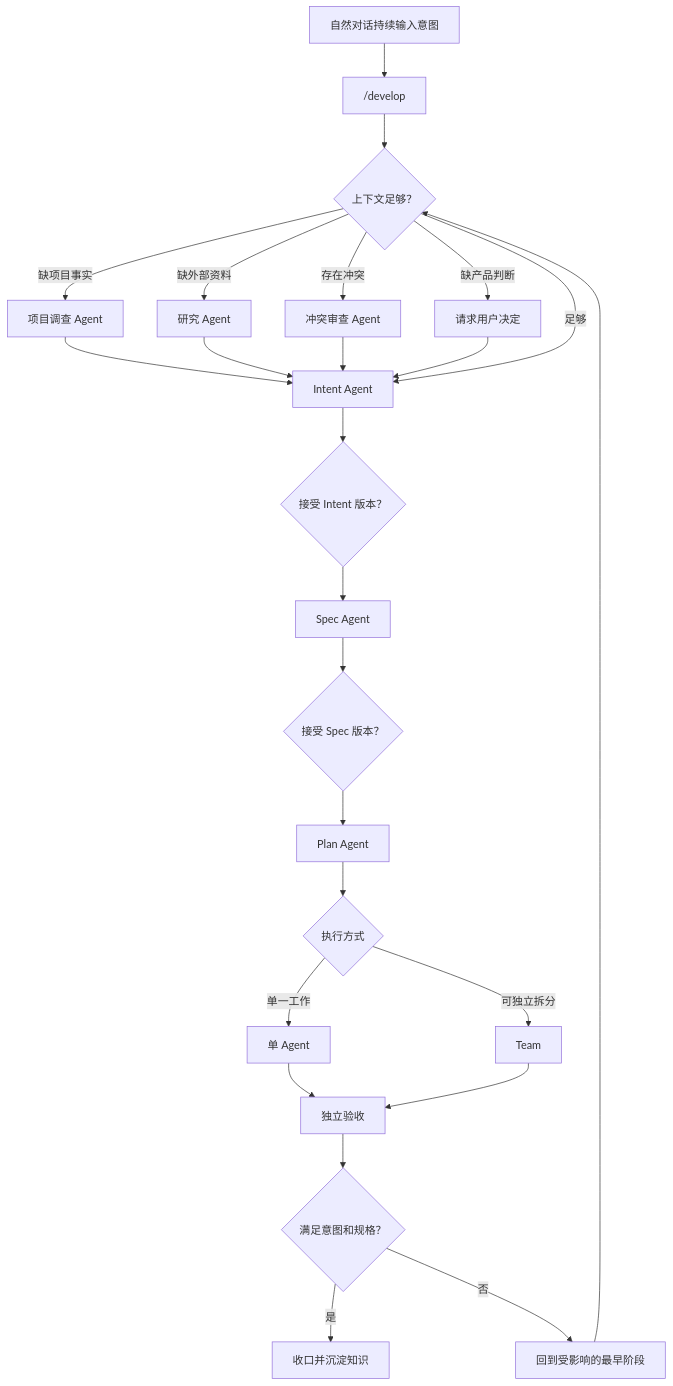
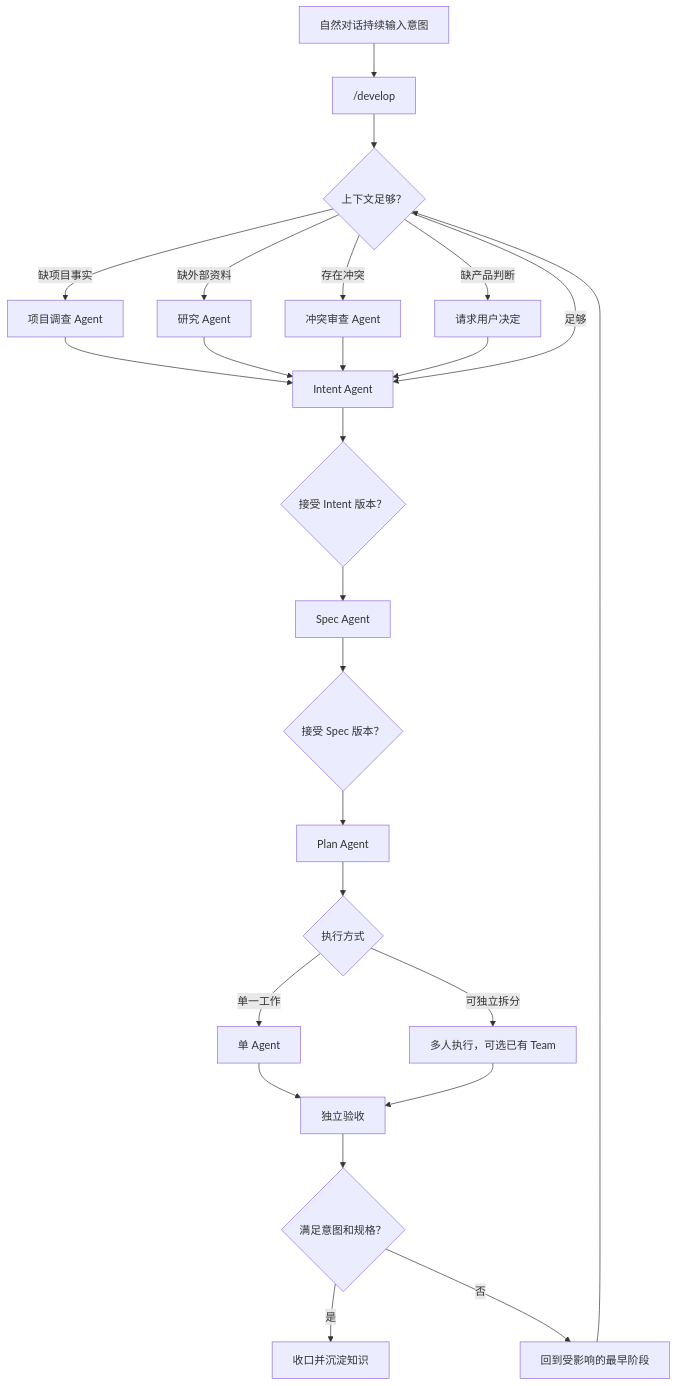
One commit to chogng/ash changed the diagram in docs/develop.md. Above: the diagram before and after it, drawn with Mermaid. The commit also changed other lines of this file and 12 other files, not shown here.

````diff
--- a/docs/develop.md
+++ b/docs/develop.md
@@ -53,27 +53,27 @@
 ```mermaid
 flowchart TD
     Conversation["自然对话持续输入意图"] --> Command["/develop"]
     Command --> Ready{"上下文足够？"}
     Ready -- "缺项目事实" --> Investigate["项目调查 Agent"]
     Ready -- "缺外部资料" --> Research["研究 Agent"]
     Ready -- "存在冲突" --> Conflict["冲突审查 Agent"]
     Ready -- "缺产品判断" --> User["请求用户决定"]
     Investigate --> Intent["Intent Agent"]
     Research --> Intent
     Conflict --> Intent
     User --> Intent
     Ready -- "足够" --> Intent
     Intent --> IntentGate{"接受 Intent 版本？"}
     IntentGate --> Spec["Spec Agent"]
     Spec --> SpecGate{"接受 Spec 版本？"}
     SpecGate --> Plan["Plan Agent"]
     Plan --> Mode{"执行方式"}
     Mode -- "单一工作" --> Single["单 Agent"]
-    Mode -- "可独立拆分" --> Team["Team"]
+    Mode -- "可独立拆分" --> Team["多人执行，可选已有 Team"]
     Single --> Verify["独立验收"]
     Team --> Verify
     Verify --> Result{"满足意图和规格？"}
     Result -- "是" --> Close["收口并沉淀知识"]
     Result -- "否" --> Reopen["回到受影响的最早阶段"]
     Reopen --> Ready
 ```
````
